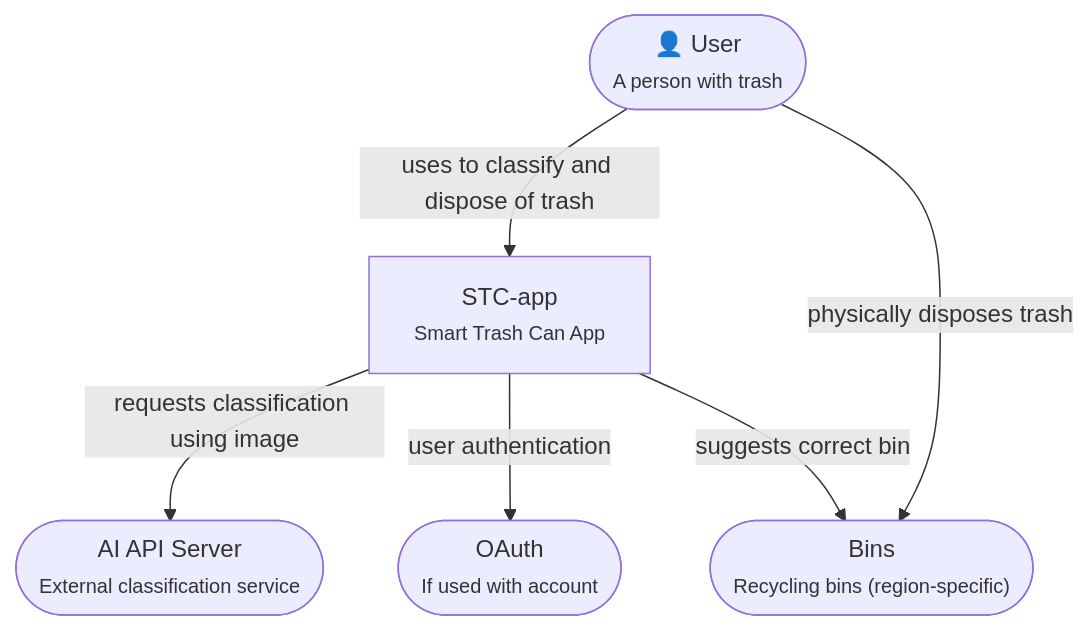
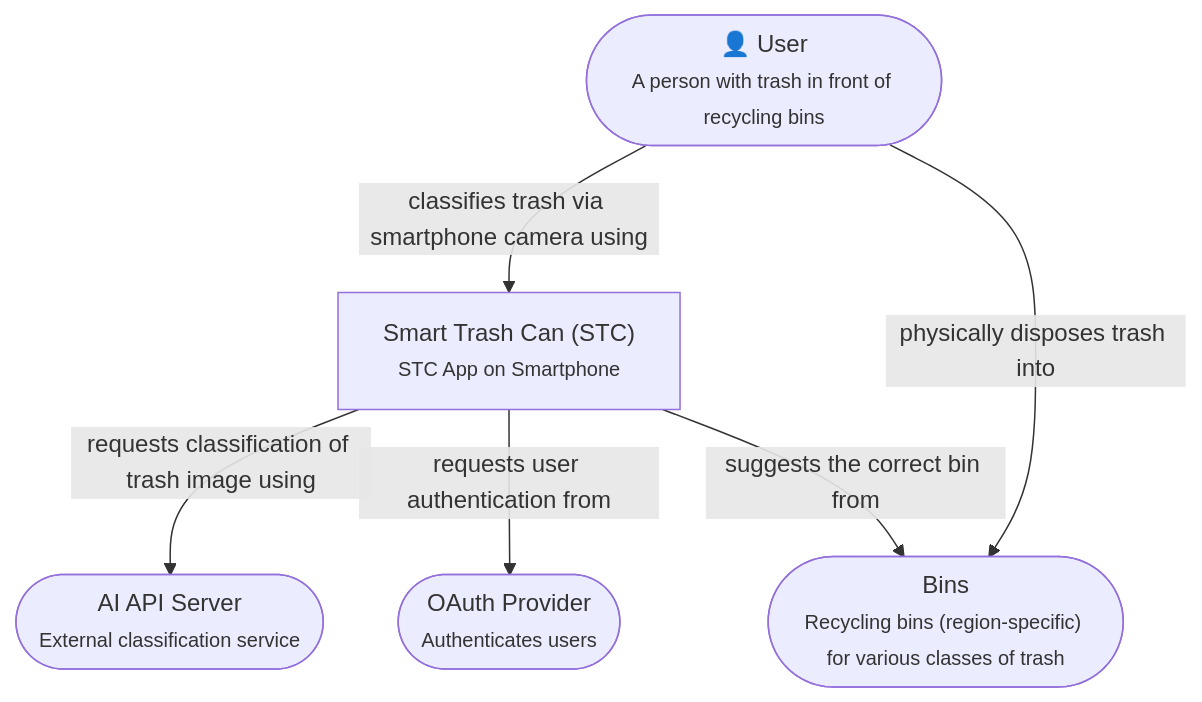
The first of 2 diagrams in docs/architecture.md (LeanSystemsLab/stc-app), drawn with Mermaid before and after one commit. The commit also changed other lines of this file, not shown here.

````diff
--- a/docs/architecture.md
+++ b/docs/architecture.md
@@ -69,17 +74,16 @@
 ```mermaid
-graph TD
+flowchart TD
     %% Nodes
-    user(["👤 User<br/><small>A person with trash</small>"])
-    oauth(["OAuth<br/><small>If used with account</small>"])
-    stc["STC-app<br/><small>Smart Trash Can App</small>"]
-    bins(["Bins<br/><small>Recycling bins (region-specific)</small>"])
+    user(["👤 User<br/><small>A person with trash in front of recycling bins</small>"])
+    oauth(["OAuth Provider<br/><small>Authenticates users</small>"])
+    stc["Smart Trash Can (STC)<br/><small>STC App on Smartphone</small>"]
+    bins(["Bins<br/><small>Recycling bins (region-specific) for various classes of trash</small>"])
     server(["AI API Server<br/><small>External classification service</small>"])
 
     %% Edges
-    user -->|uses to classify and dispose of trash| stc
-    stc -->|requests classification using image| server
-    user -->|physically disposes trash| bins
-    stc -->|suggests correct bin| bins
-    stc -->|user authentication| oauth
-
+    user -->| classifies trash via smartphone camera using | stc
+    stc -->|requests classification of trash image using | server
+    user -->|physically disposes trash into | bins
+    stc -->|suggests the correct bin from | bins
+    stc -->|requests user authentication from | oauth
 ```
````
